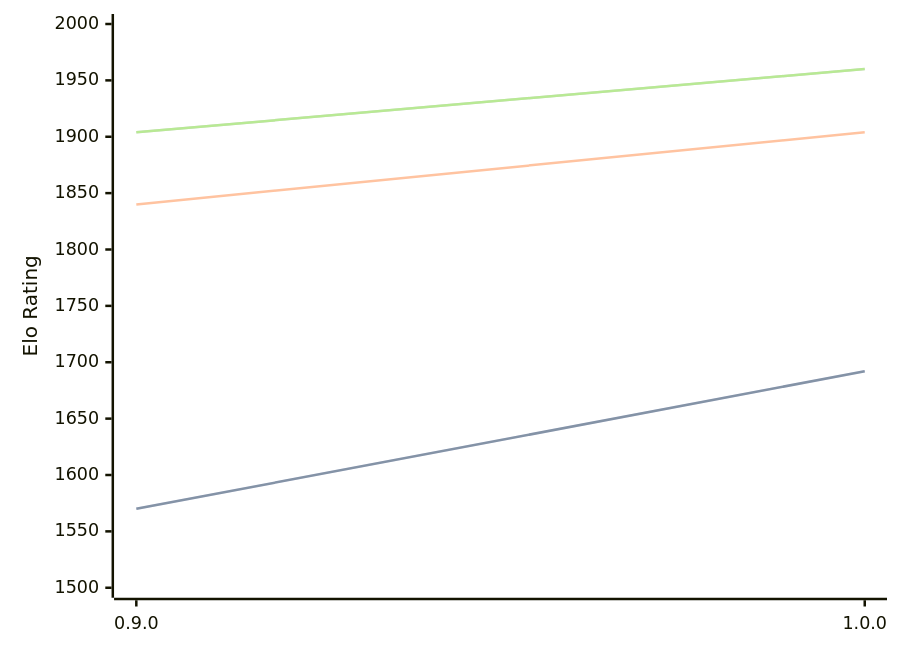
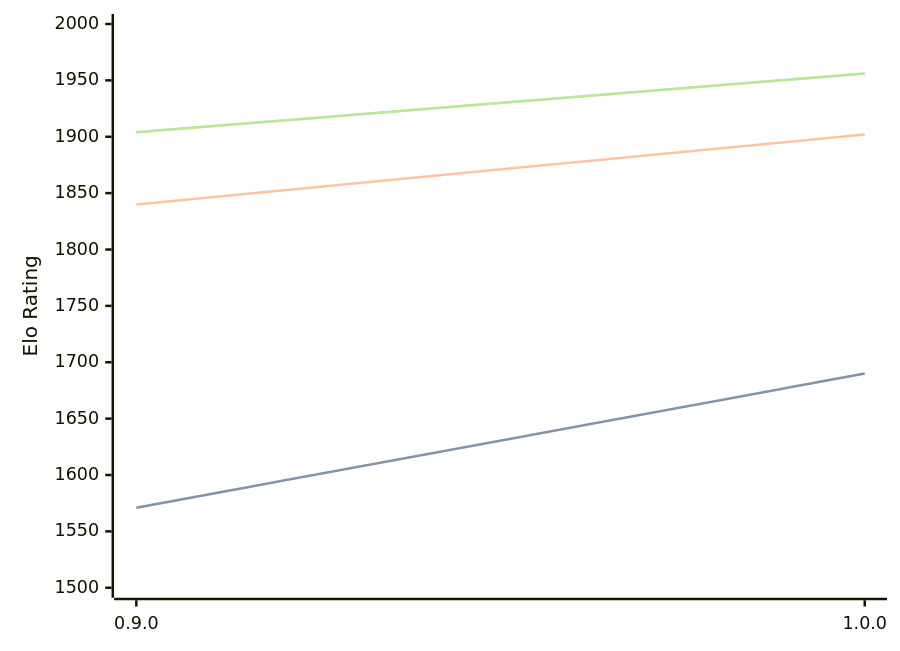
Before and after one commit to computer-chess-index/cci: the diagram in engines/Ratsu.md, drawn with Mermaid. The commit also changed other lines of this file, not shown here.

Commit message:
Update CCI Ratings (ELO VLTC) - 2026-02-21

````diff
--- a/engines/Ratsu.md
+++ b/engines/Ratsu.md
@@ -29,11 +29,11 @@
 ```mermaid
 %%{init: {"theme":"base","themeVariables":{"seriesColors:['#a3a3a3','#222221','#faa371']}}}%%
 xychart-beta
   x-axis ["0.9.0", "1.0.0"]
   y-axis "Elo Rating" 1500 --> 2000
-  line "STC (8.0+0.08s)" [1570, 1692]
-  line "STC (8.0+0.08s)" [1570, 1692]
-  line "LTC (60.0+0.60s)" [1840, 1904]
-  line "VLTC (2m24s+1.12s)" [1904, 1960]
-  line "VLTC (2m24s+1.12s)" [1904, 1960]
+  line "STC (8.0+0.08s)" [1571, 1690]
+  line "STC (8.0+0.08s)" [1571, 1690]
+  line "LTC (60.0+0.60s)" [1840, 1902]
+  line "VLTC (2m24s+1.12s)" [1904, 1956]
+  line "VLTC (2m24s+1.12s)" [1904, 1956]
 ```
````
